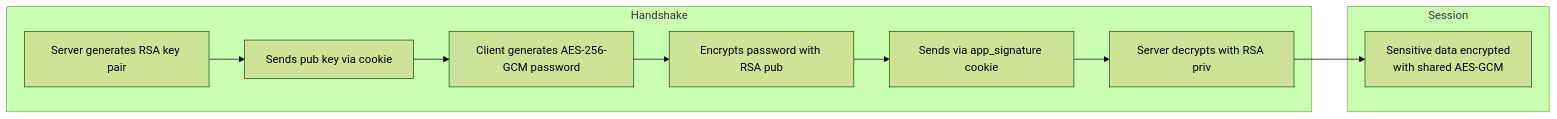
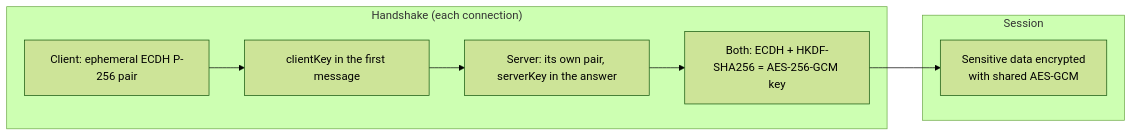
Before and after one commit to mrcdom/wdc-cube-kotlin: the seventh of 9 diagrams in docs/architecture-react.md, drawn with Mermaid (forest theme). The commit also changed other lines of this file and 27 other files, not shown here.

````diff
--- a/docs/architecture-react.md
+++ b/docs/architecture-react.md
@@ -396,14 +393,12 @@
 ```mermaid
 graph LR
-    subgraph "Handshake"
-        A["Server generates RSA key pair"] --> B["Sends pub key via cookie"]
-        B --> C["Client generates AES-256-GCM password"]
-        C --> D["Encrypts password with RSA pub"]
-        D --> E["Sends via app_signature cookie"]
-        E --> F["Server decrypts with RSA priv"]
+    subgraph "Handshake (each connection)"
+        A["Client: ephemeral ECDH P-256 pair"] --> B["clientKey in the first message"]
+        B --> C["Server: its own pair, serverKey in the answer"]
+        C --> F["Both: ECDH + HKDF-SHA256 = AES-256-GCM key"]
     end
 
     subgraph "Session"
         F --> G["Sensitive data encrypted<br/>with shared AES-GCM"]
     end
 ```
````
